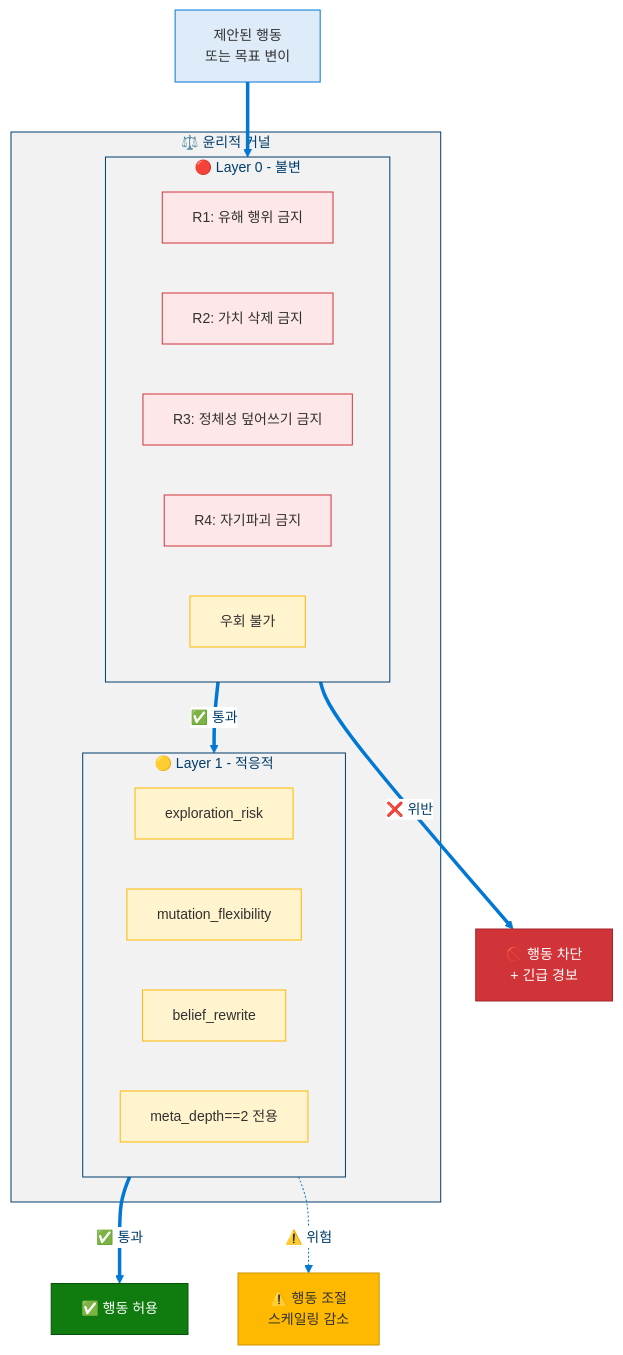
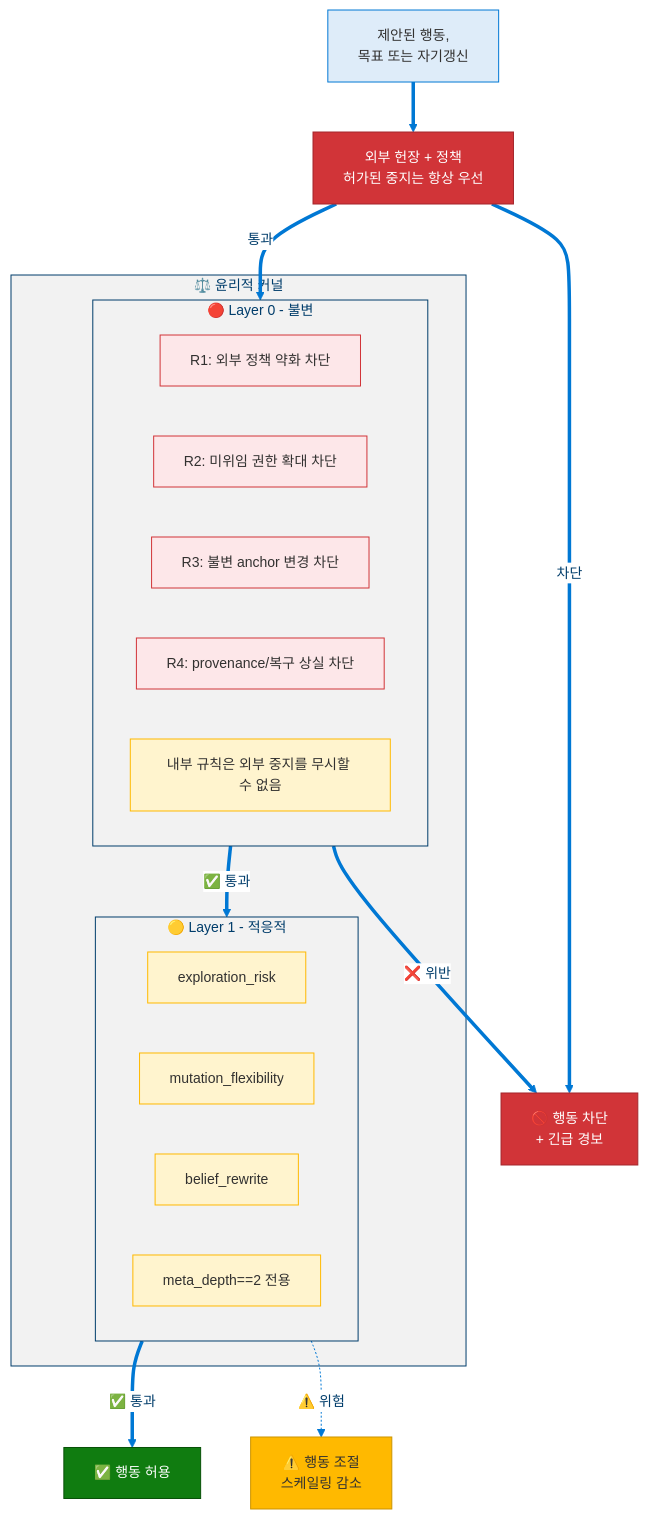
Before and after one commit to dotnetpower/mscp: diagram 11 of 19 in docs/levels/Level_3_Self_Regulating_Agent.ko.md, drawn with Mermaid. The commit also changed other lines of this file and 21 other files, not shown here.

````diff
--- a/docs/levels/Level_3_Self_Regulating_Agent.ko.md
+++ b/docs/levels/Level_3_Self_Regulating_Agent.ko.md
@@ -759,41 +837,45 @@
 ```mermaid
 %%{init: {'theme': 'base', 'themeVariables': {'primaryColor': '#0078D4', 'primaryTextColor': '#003D6B', 'primaryBorderColor': '#003D6B', 'secondaryColor': '#50E6FF', 'secondaryTextColor': '#323130', 'secondaryBorderColor': '#00BCF2', 'tertiaryColor': '#F2F2F2', 'tertiaryTextColor': '#323130', 'lineColor': '#0078D4', 'textColor': '#323130', 'mainBkg': '#DEECF9', 'nodeBorder': '#0078D4', 'clusterBkg': '#F2F2F2', 'clusterBorder': '#003D6B', 'titleColor': '#003D6B', 'edgeLabelBackground': '#FFFFFF', 'fontSize': '14px'}}}%%
 flowchart TD
   classDef input fill:#DEECF9,stroke:#0078D4,color:#323130
   classDef immutable fill:#D13438,stroke:#A4262C,color:#FFF
   classDef immutableRule fill:#FDE7E9,stroke:#D13438,color:#323130
   classDef adaptive fill:#FFF4CE,stroke:#FFB900,color:#323130
   classDef block fill:#D13438,stroke:#A4262C,color:#FFF
   classDef allow fill:#107C10,stroke:#085108,color:#FFF
   classDef moderate fill:#FFB900,stroke:#CC9400,color:#323130
 
-  INPUT["제안된 행동<br/>또는 목표 변이"]:::input
+  INPUT["제안된 행동,<br/>목표 또는 자기갱신"]:::input
+
+  EXTERNAL["외부 헌장 + 정책<br/>허가된 중지는 항상 우선"]:::immutable
 
   subgraph EthicalKernel["⚖️ 윤리적 커널"]
     subgraph Layer0["🔴 Layer 0 - 불변"]
       direction LR
-      R1["R1: 유해 행위 금지"]:::immutableRule
-      R2["R2: 가치 삭제 금지"]:::immutableRule
-      R3["R3: 정체성 덮어쓰기 금지"]:::immutableRule
-      R4["R4: 자기파괴 금지"]:::immutableRule
-      NOTE0["우회 불가"]:::adaptive
+      R1["R1: 외부 정책 약화 차단"]:::immutableRule
+      R2["R2: 미위임 권한 확대 차단"]:::immutableRule
+      R3["R3: 불변 anchor 변경 차단"]:::immutableRule
+      R4["R4: provenance/복구 상실 차단"]:::immutableRule
+      NOTE0["내부 규칙은 외부 중지를 무시할 수 없음"]:::adaptive
     end
     subgraph Layer1["🟡 Layer 1 - 적응적"]
       direction LR
       P1["exploration_risk"]:::adaptive
       P2["mutation_flexibility"]:::adaptive
       P3["belief_rewrite"]:::adaptive
       COND["meta_depth==2 전용"]:::adaptive
     end
   end
 
   BLOCK["🚫 행동 차단<br/>+ 긴급 경보"]:::block
   ALLOW["✅ 행동 허용"]:::allow
   REDUCE["⚠️ 행동 조절<br/>스케일링 감소"]:::moderate
 
-  INPUT ==> Layer0
+  INPUT ==> EXTERNAL
+  EXTERNAL ==>|통과| Layer0
+  EXTERNAL ==>|차단| BLOCK
   Layer0 ==>|"✅ 통과"| Layer1
   Layer0 ==>|"❌ 위반"| BLOCK
   Layer1 ==>|"✅ 통과"| ALLOW
   Layer1 -.->|"⚠️ 위험"| REDUCE
 ```
````
